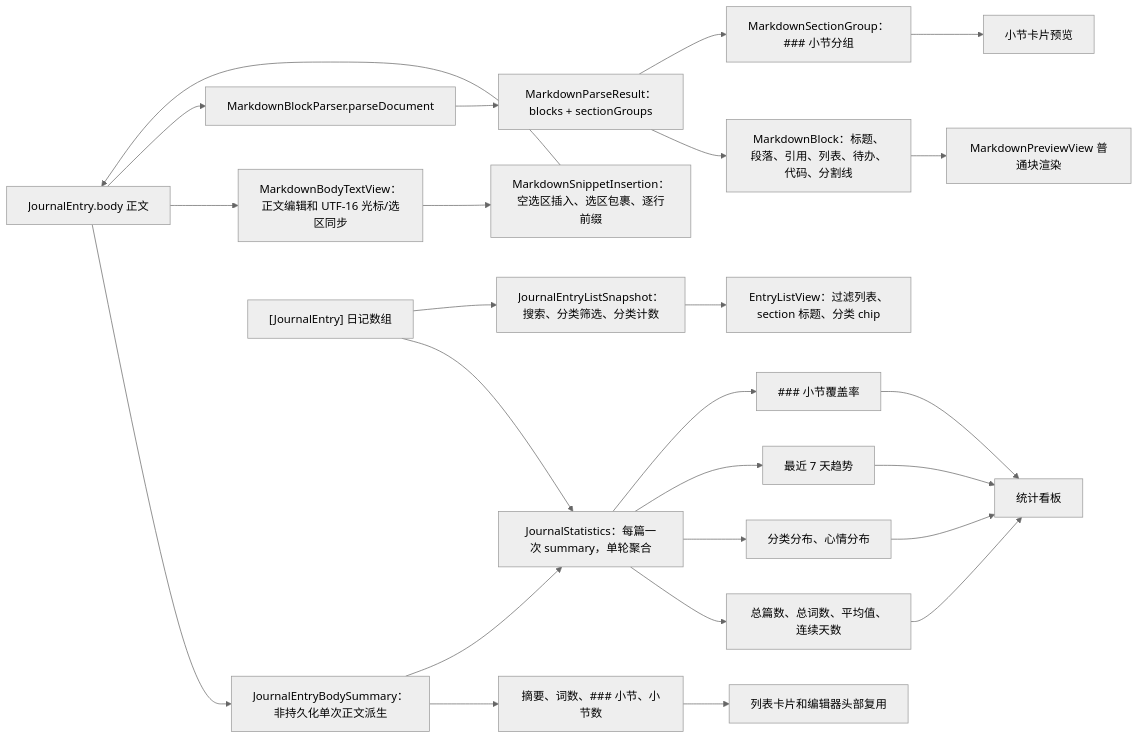
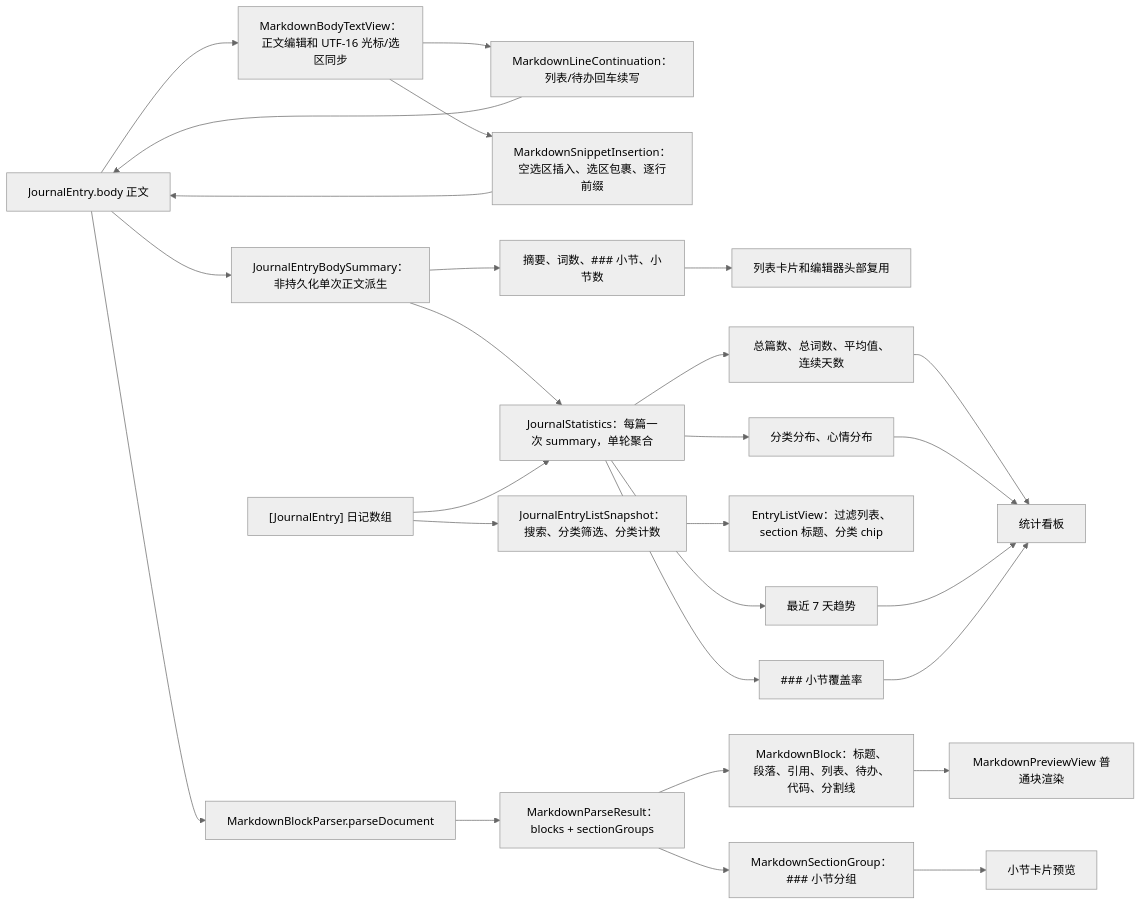
The fourth of 6 diagrams in md/flow/flowchart.md (Altman-sam114/117), drawn with Mermaid (neutral theme) before and after one commit. The commit also changed other lines of this file and 10 other files, not shown here.

````diff
--- a/md/flow/flowchart.md
+++ b/md/flow/flowchart.md
@@ -111,27 +113,29 @@
 ```mermaid
 flowchart LR
   Body["JournalEntry.body 正文"] --> Summary["JournalEntryBodySummary：非持久化单次正文派生"]
   Body --> BodyText["MarkdownBodyTextView：正文编辑和 UTF-16 光标/选区同步"]
+  BodyText --> ContinueRule["MarkdownLineContinuation：列表/待办回车续写"]
+  ContinueRule --> Body
   BodyText --> InsertRule["MarkdownSnippetInsertion：空选区插入、选区包裹、逐行前缀"]
   InsertRule --> Body
   Summary --> Excerpt["摘要、词数、### 小节、小节数"]
   Excerpt --> RowEditor["列表卡片和编辑器头部复用"]
   Summary --> Statistics["JournalStatistics：每篇一次 summary，单轮聚合"]
   Body --> Parse["MarkdownBlockParser.parseDocument"]
   Parse --> Result["MarkdownParseResult：blocks + sectionGroups"]
   Result --> Blocks["MarkdownBlock：标题、段落、引用、列表、待办、代码、分割线"]
   Blocks --> Preview["MarkdownPreviewView 普通块渲染"]
   Result --> Sections["MarkdownSectionGroup：### 小节分组"]
   Sections --> SectionPreview["小节卡片预览"]
   Entries["[JournalEntry] 日记数组"] --> Statistics
   Entries --> ListSnapshot2["JournalEntryListSnapshot：搜索、分类筛选、分类计数"]
   ListSnapshot2 --> ListView["EntryListView：过滤列表、section 标题、分类 chip"]
   Statistics --> Metrics["总篇数、总词数、平均值、连续天数"]
   Statistics --> Distributions["分类分布、心情分布"]
   Statistics --> Trend["最近 7 天趋势"]
   Statistics --> Coverage["### 小节覆盖率"]
   Metrics --> Dashboard["统计看板"]
   Distributions --> Dashboard
   Trend --> Dashboard
   Coverage --> Dashboard
 ```
````
